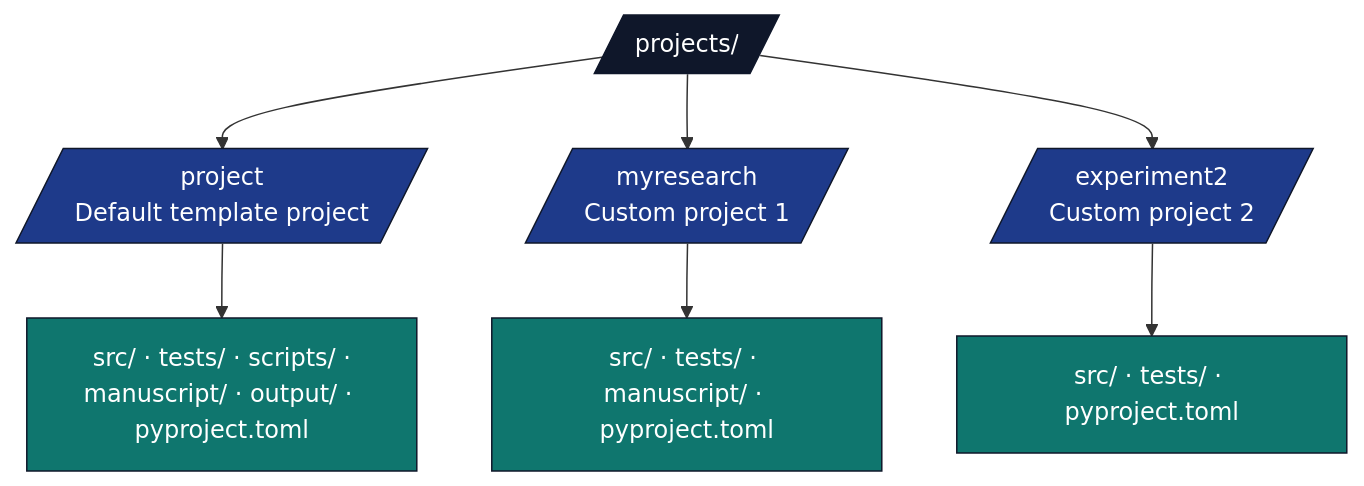
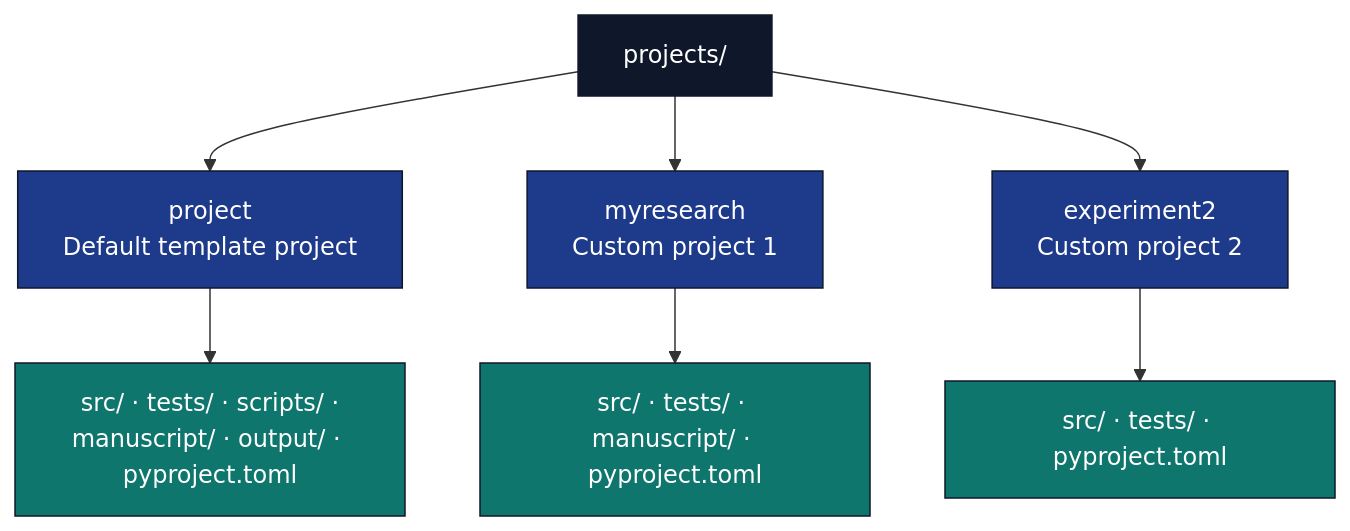
Before and after one commit to docxology/template: the diagram in infrastructure/project/AGENTS.md, drawn with Mermaid. The commit also changed 94 other files, not shown here.

````diff
--- a/infrastructure/project/AGENTS.md
+++ b/infrastructure/project/AGENTS.md
@@ -203,18 +203,18 @@
 ```mermaid
 flowchart TB
-    PR[/projects//]
-    PR --> P[/project<br/>Default template project/]
-    PR --> MY[/myresearch<br/>Custom project 1/]
-    PR --> EX[/experiment2<br/>Custom project 2/]
+    PR[projects/]
+    PR --> P[project<br/>Default template project]
+    PR --> MY[myresearch<br/>Custom project 1]
+    PR --> EX[experiment2<br/>Custom project 2]
 
     P --> P_F[src/ · tests/ · scripts/ ·<br/>manuscript/ · output/ · pyproject.toml]
     MY --> MY_F[src/ · tests/ · manuscript/ · pyproject.toml]
     EX --> EX_F[src/ · tests/ · pyproject.toml]
 
     classDef d fill:#0f172a,stroke:#0f172a,color:#fff
     classDef pkg fill:#1e3a8a,stroke:#0f172a,color:#fff
     classDef f fill:#0f766e,stroke:#0f172a,color:#fff
     class PR d
     class P,MY,EX pkg
     class P_F,MY_F,EX_F f
 ```
````
